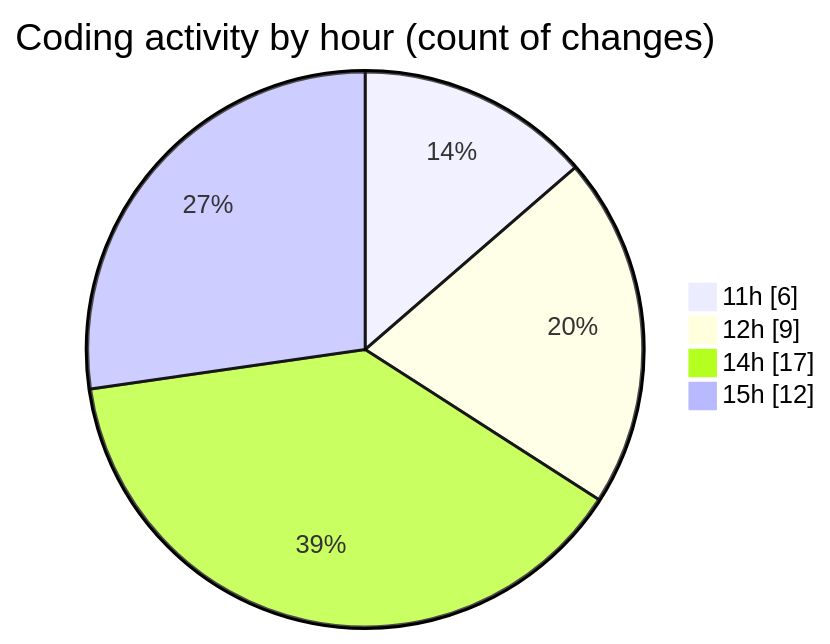
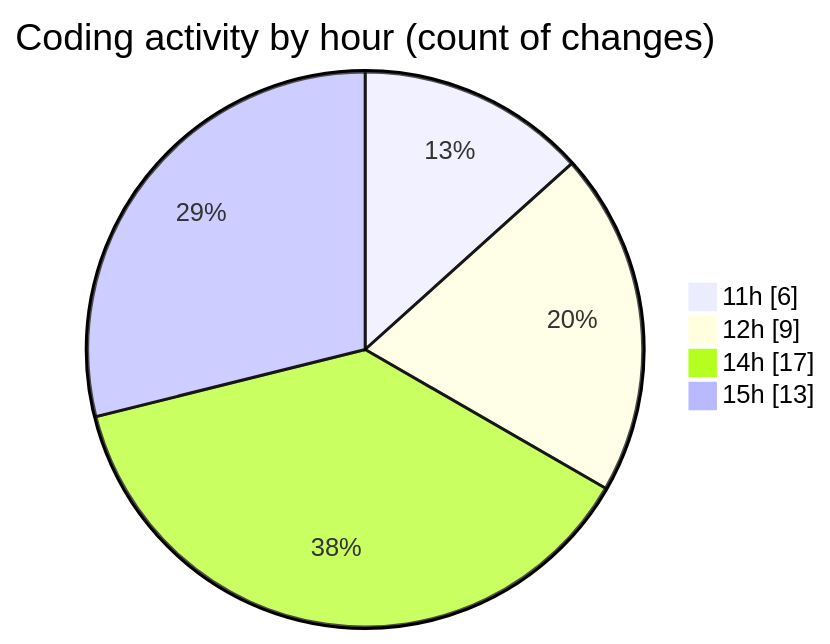
Before and after one commit to debugP/code-tracking: the second of 2 diagrams in 2025-10-17/untitled__workspace_/README.md, drawn with Mermaid. The commit also changed other lines of this file and 1 other file, not shown here.

````diff
--- a/2025-10-17/untitled__workspace_/README.md
+++ b/2025-10-17/untitled__workspace_/README.md
@@ -33,8 +34,8 @@
 ```mermaid
 pie showData
 title Coding activity by hour (count of changes)
 "11h" : 6
 "12h" : 9
 "14h" : 17
-"15h" : 12
+"15h" : 13
 ```
````
